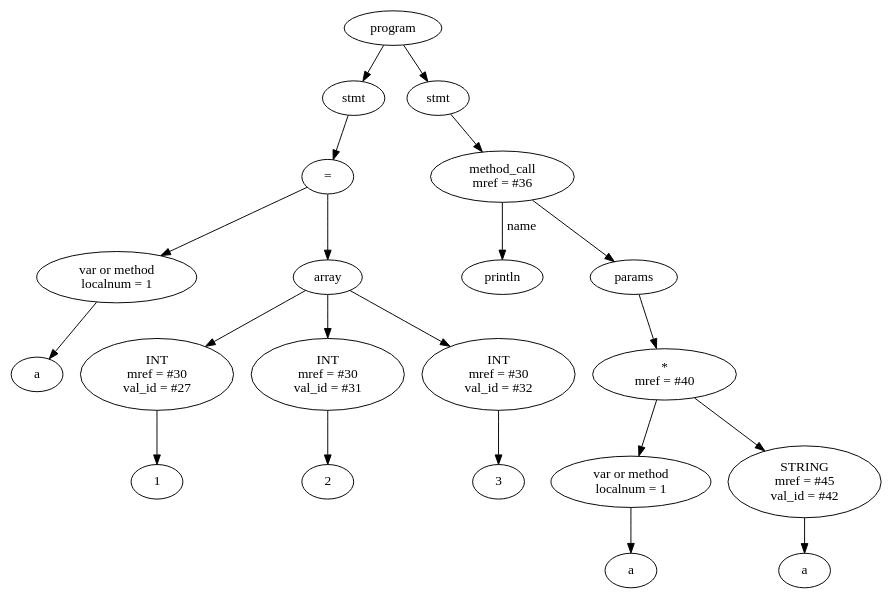
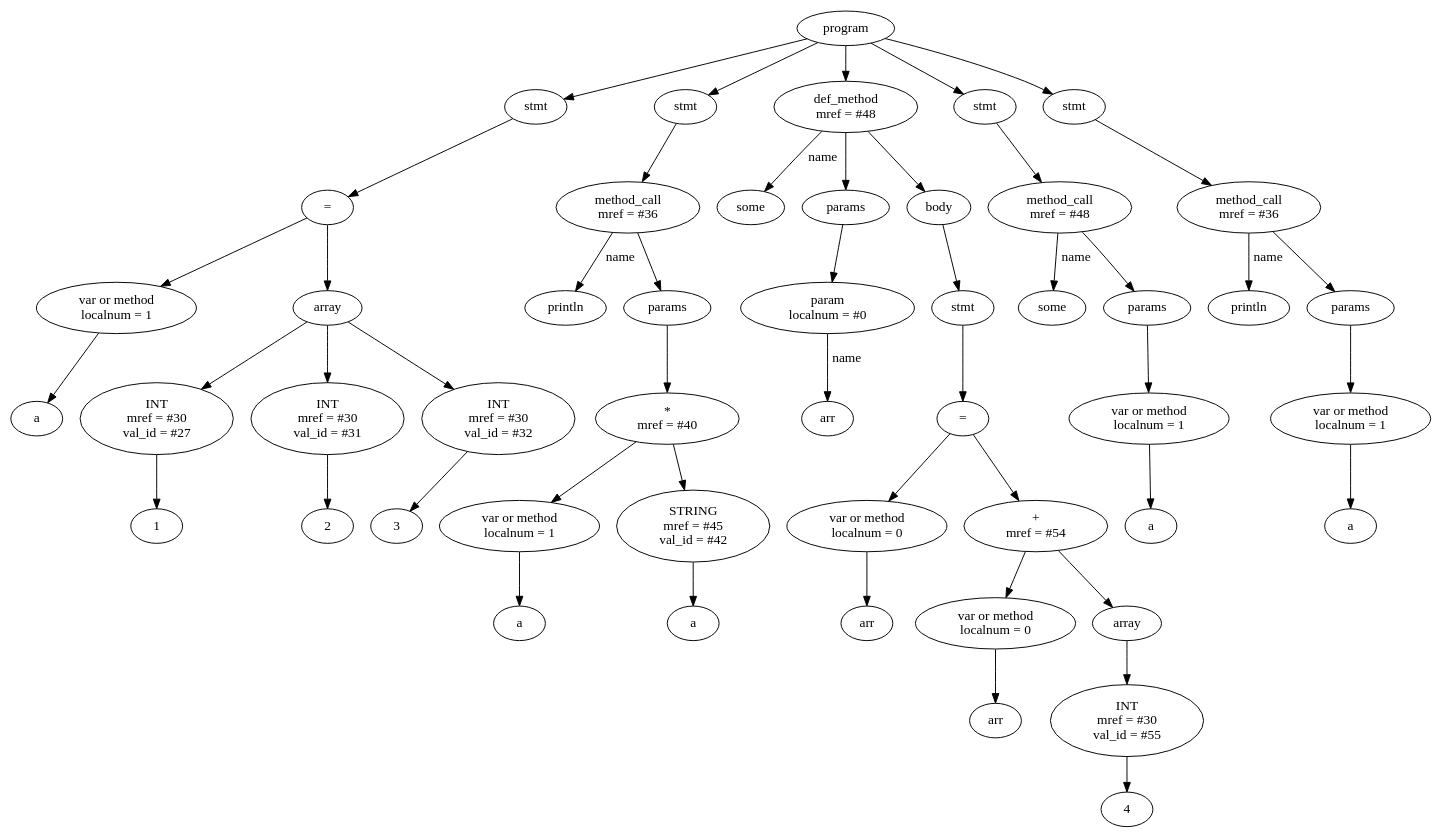
One commit to vitek999/ruby_compiler changed the diagram in RubyCompiler/tree.dot. Above: the diagram before and after it, drawn with Graphviz. The commit also changed 7 other files, not shown here.

```diff
--- a/RubyCompiler/tree.dot
+++ b/RubyCompiler/tree.dot
@@ -1,43 +1,99 @@
 digraph G {
-Id00C36770 [label="program"]
-Id00C35CB8 [label="stmt"]
-Id00C2F0F8 [label="="]
-Id00C2EA38 [label="var or method\n localnum = 1"]
-IdVal00C2EA38 [label="a"]
-Id00C2EA38->IdVal00C2EA38
-Id00C2F088 [label = "array"]
-Id00C2EF38 [label="INT\n mref = #30\n val_id = #27"]
-IdVal00C2EF38 [label="1"]
-Id00C2EF38->IdVal00C2EF38
-Id00C2F088->Id00C2EF38
-Id00C2EFA8 [label="INT\n mref = #30\n val_id = #31"]
-IdVal00C2EFA8 [label="2"]
-Id00C2EFA8->IdVal00C2EFA8
-Id00C2F088->Id00C2EFA8
-Id00C2F018 [label="INT\n mref = #30\n val_id = #32"]
-IdVal00C2F018 [label="3"]
-Id00C2F018->IdVal00C2F018
-Id00C2F088->Id00C2F018
-Id00C2F0F8->Id00C2EA38
-Id00C2F0F8->Id00C2F088
-Id00C35CB8->Id00C2F0F8
-Id00C36770->Id00C35CB8
-Id00C36270 [label="stmt"]
-Id00C35EB8 [label="method_call\n mref = #36"]
-IdMethodNameVal00C35EB8 [label="println"]
-Id00C35EB8->IdMethodNameVal00C35EB8 [label="name"]
-Id00C30540 [label="params"]
-Id00C35EB8->Id00C30540
-Id00C35E48 [label="*\n mref = #40"]
-Id00C35D38 [label="var or method\n localnum = 1"]
-IdVal00C35D38 [label="a"]
-Id00C35D38->IdVal00C35D38
-Id00C35DD8 [label="STRING\n mref = #45\n val_id = #42"]
-IdVal00C35DD8 [label="a"]
-Id00C35DD8->IdVal00C35DD8
-Id00C35E48->Id00C35D38
-Id00C35E48->Id00C35DD8
-Id00C30540->Id00C35E48
-Id00C36270->Id00C35EB8
-Id00C36770->Id00C36270
+Id00B355D0 [label="program"]
+Id00B33E60 [label="stmt"]
+Id00B33DF0 [label="="]
+Id00B33BC0 [label="var or method\n localnum = 1"]
+IdVal00B33BC0 [label="a"]
+Id00B33BC0->IdVal00B33BC0
+Id00B33D80 [label = "array"]
+Id00B33C30 [label="INT\n mref = #30\n val_id = #27"]
+IdVal00B33C30 [label="1"]
+Id00B33C30->IdVal00B33C30
+Id00B33D80->Id00B33C30
+Id00B33CA0 [label="INT\n mref = #30\n val_id = #31"]
+IdVal00B33CA0 [label="2"]
+Id00B33CA0->IdVal00B33CA0
+Id00B33D80->Id00B33CA0
+Id00B33D10 [label="INT\n mref = #30\n val_id = #32"]
+IdVal00B33D10 [label="3"]
+Id00B33D10->IdVal00B33D10
+Id00B33D80->Id00B33D10
+Id00B33DF0->Id00B33BC0
+Id00B33DF0->Id00B33D80
+Id00B33E60->Id00B33DF0
+Id00B355D0->Id00B33E60
+Id00B343C0 [label="stmt"]
+Id00B34008 [label="method_call\n mref = #36"]
+IdMethodNameVal00B34008 [label="println"]
+Id00B34008->IdMethodNameVal00B34008 [label="name"]
+Id00B2E090 [label="params"]
+Id00B34008->Id00B2E090
+Id00B33F90 [label="*\n mref = #40"]
+Id00B33EB0 [label="var or method\n localnum = 1"]
+IdVal00B33EB0 [label="a"]
+Id00B33EB0->IdVal00B33EB0
+Id00B33F20 [label="STRING\n mref = #45\n val_id = #42"]
+IdVal00B33F20 [label="a"]
+Id00B33F20->IdVal00B33F20
+Id00B33F90->Id00B33EB0
+Id00B33F90->Id00B33F20
+Id00B2E090->Id00B33F90
+Id00B343C0->Id00B34008
+Id00B355D0->Id00B343C0
+Id00B352E8 [label="def_method\n mref = #48"]
+IdName00B352E8 [label="some"]
+Id00B352E8->IdName00B352E8 [label = "name"]
+Id00B2E330 [label="params"]
+Id00B348F0 [label="param\n localnum = #0"]
+Id00B2E330->Id00B348F0
+IdNameVal00B348F0 [label="arr"]
+Id00B348F0->IdNameVal00B348F0 [label="name"]
+Id00B352E8->Id00B2E330
+Id00B2DF40 [label="body"]
+Id00B34690 [label="stmt"]
+Id00B350B8 [label="="]
+Id00B34960 [label="var or method\n localnum = 0"]
+IdVal00B34960 [label="arr"]
+Id00B34960->IdVal00B34960
+Id00B35048 [label="+\n mref = #54"]
+Id00B34A00 [label="var or method\n localnum = 0"]
+IdVal00B34A00 [label="arr"]
+Id00B34A00->IdVal00B34A00
+Id00B34FD8 [label = "array"]
+Id00B34A70 [label="INT\n mref = #30\n val_id = #55"]
+IdVal00B34A70 [label="4"]
+Id00B34A70->IdVal00B34A70
+Id00B34FD8->Id00B34A70
+Id00B35048->Id00B34A00
+Id00B35048->Id00B34FD8
+Id00B350B8->Id00B34960
+Id00B350B8->Id00B35048
+Id00B34690->Id00B350B8
+Id00B2DF40->Id00B34690
+Id00B352E8->Id00B2DF40
+Id00B355D0->Id00B352E8
+Id00B34140 [label="stmt"]
+Id00B35198 [label="method_call\n mref = #48"]
+IdMethodNameVal00B35198 [label="some"]
+Id00B35198->IdMethodNameVal00B35198 [label="name"]
+Id00B2E598 [label="params"]
+Id00B35198->Id00B2E598
+Id00B34DA8 [label="var or method\n localnum = 1"]
+IdVal00B34DA8 [label="a"]
+Id00B34DA8->IdVal00B34DA8
+Id00B2E598->Id00B34DA8
+Id00B34140->Id00B35198
+Id00B355D0->Id00B34140
+Id00B344B0 [label="stmt"]
+Id00B34E18 [label="method_call\n mref = #36"]
+IdMethodNameVal00B34E18 [label="println"]
+Id00B34E18->IdMethodNameVal00B34E18 [label="name"]
+Id00B2E250 [label="params"]
+Id00B34E18->Id00B2E250
+Id00B35278 [label="var or method\n localnum = 1"]
+IdVal00B35278 [label="a"]
+Id00B35278->IdVal00B35278
+Id00B2E250->Id00B35278
+Id00B344B0->Id00B34E18
+Id00B355D0->Id00B344B0
 }
```
